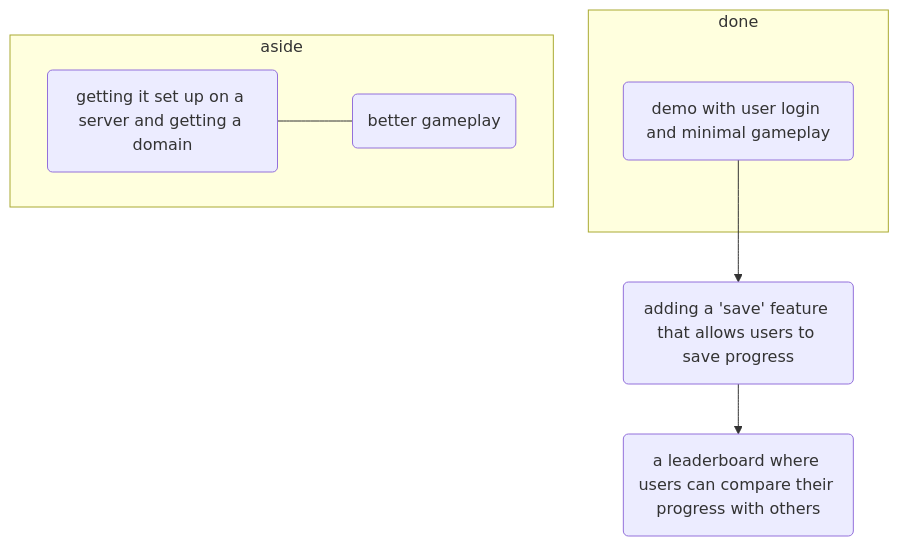
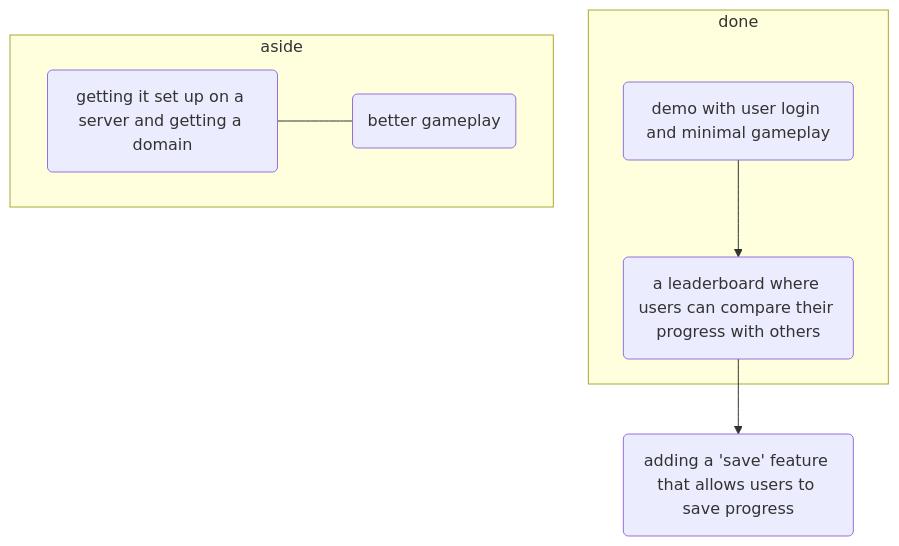
Before and after one commit to mativ123/cum-online: the diagram in README.md, drawn with Mermaid. The commit also changed 7 other files, not shown here.

````diff
--- a/README.md
+++ b/README.md
@@ -5,14 +5,14 @@
 ```mermaid
 graph TD;
     subgraph done
         start(demo with user login and minimal gameplay)
+        start-->leaderboard(a leaderboard where users can compare their progress with others)
     end
-    start-->save(adding a 'save' feature that allows users to save progress)
-    save-->leaderboard(a leaderboard where users can compare their progress with others)
+    leaderboard-->save(adding a 'save' feature that allows users to save progress)
 
     subgraph aside
         server(getting it set up on a server and getting a domain)
         server --- game(better gameplay)
     end
         
 ```
````
